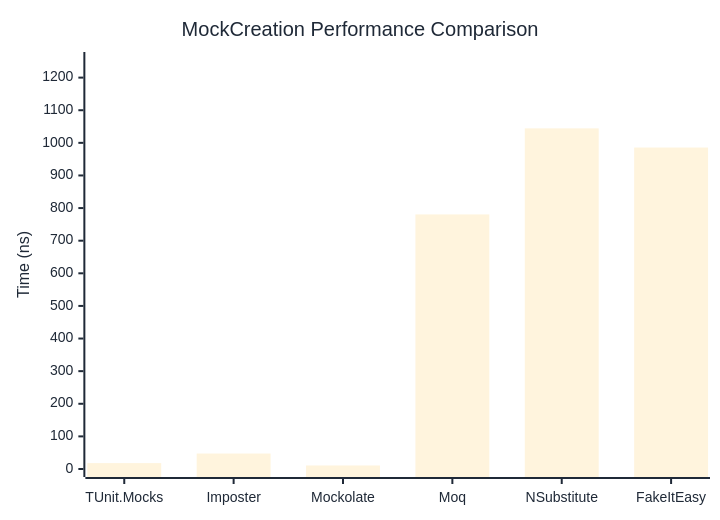
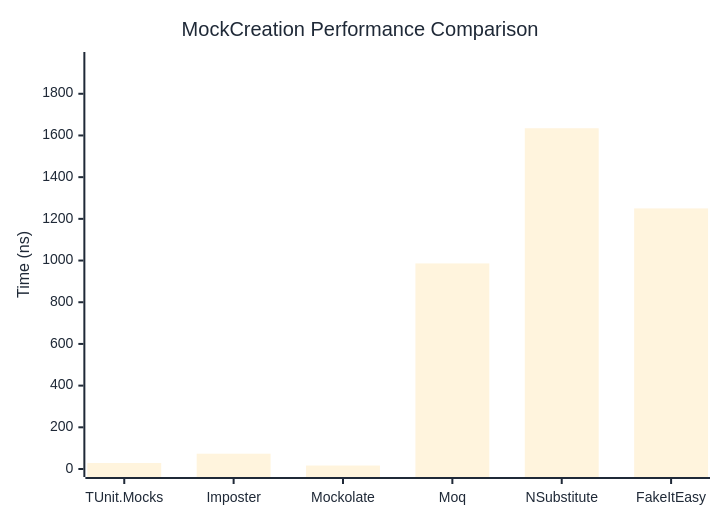
Before and after one commit to thomhurst/TUnit: the first of 2 diagrams in docs/docs/benchmarks/mocks/MockCreation.md, drawn with Mermaid. The commit also changed other lines of this file and 14 other files, not shown here.

````diff
--- a/docs/docs/benchmarks/mocks/MockCreation.md
+++ b/docs/docs/benchmarks/mocks/MockCreation.md
@@ -30,27 +30,27 @@
 ```mermaid
 %%{init: {
   'theme':'base',
   'themeVariables': {
     'primaryColor': '#2563eb',
     'primaryTextColor': '#1f2937',
     'primaryBorderColor': '#1e40af',
     'lineColor': '#6b7280',
     'secondaryColor': '#7c3aed',
     'tertiaryColor': '#dc2626',
     'background': '#ffffff',
     'pie1': '#2563eb',
     'pie2': '#7c3aed',
     'pie3': '#dc2626',
     'pie4': '#f59e0b',
     'pie5': '#10b981',
     'pie6': '#06b6d4',
     'pie7': '#ec4899',
     'pie8': '#6366f1'
   }
 }}%%
 xychart-beta
   title "MockCreation Performance Comparison"
   x-axis ["TUnit.Mocks", "Imposter", "Mockolate", "Moq", "NSubstitute", "FakeItEasy"]
-  y-axis "Time (ns)" 0 --> 1254
-  bar [18.11, 47.44, 10.83, 780.52, 1044.41, 985.6]
+  y-axis "Time (ns)" 0 --> 1962
+  bar [28.68, 73.38, 16.66, 986.16, 1634.6, 1250.09]
 ```
````
